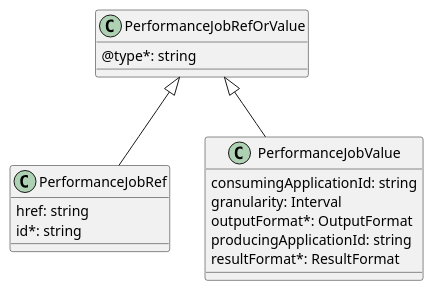
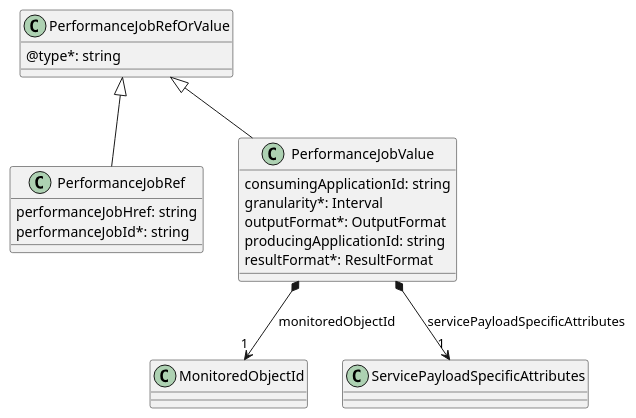
One commit to MEF-GIT/MEF-LSO-Interlude-SDK changed the diagram in documentation/serviceApi/pm/performance/media/src/performanceJobRefOrValue.puml. Above: the diagram before and after it, drawn with PlantUML. The commit also changed 122 other files, not shown here.

```diff
--- a/documentation/serviceApi/pm/performance/media/src/performanceJobRefOrValue.puml
+++ b/documentation/serviceApi/pm/performance/media/src/performanceJobRefOrValue.puml
@@ -1,24 +1,27 @@
 @startuml performanceJobRefOrValue
 
 class PerformanceJobRefOrValue {
     @type*: string
 }
 
 class PerformanceJobRef {
 
-    href: string
-    id*: string
+    performanceJobHref: string
+    performanceJobId*: string
 }
 PerformanceJobRefOrValue <|-- PerformanceJobRef
 
 class PerformanceJobValue {
 
     consumingApplicationId: string
-    granularity: Interval
+    granularity*: Interval
     outputFormat*: OutputFormat
     producingApplicationId: string
     resultFormat*: ResultFormat
 }
 PerformanceJobRefOrValue <|-- PerformanceJobValue
 
+PerformanceJobValue *-->"1" MonitoredObjectId : monitoredObjectId
+PerformanceJobValue *-->"1" ServicePayloadSpecificAttributes : servicePayloadSpecificAttributes
+
 @enduml
```
